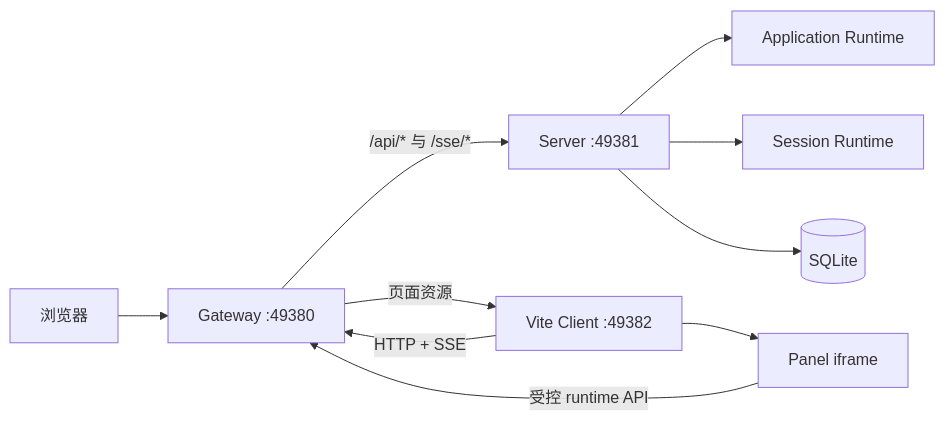
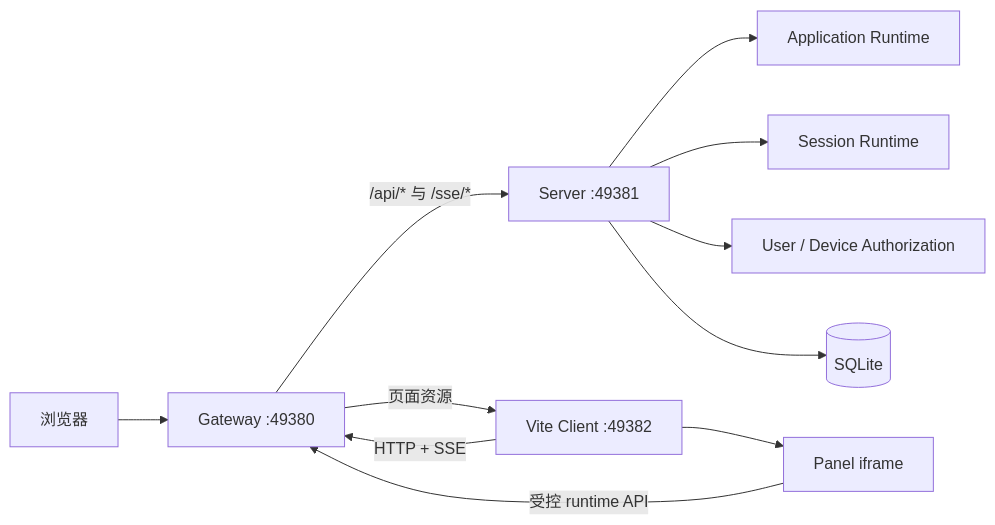
The first of 2 diagrams in docs/architecture/system-overview.md (itharbors/harbors), drawn with Mermaid before and after one commit. The commit also changed other lines of this file and 52 other files, not shown here.

````diff
--- a/docs/architecture/system-overview.md
+++ b/docs/architecture/system-overview.md
@@ -7,12 +7,13 @@
 ```mermaid
 flowchart LR
     Browser["浏览器"] --> Gateway["Gateway :49380"]
     Gateway -- "/api/* 与 /sse/*" --> Server["Server :49381"]
     Gateway -- "页面资源" --> Client["Vite Client :49382"]
     Server --> AppRuntime["Application Runtime"]
     Server --> Sessions["Session Runtime"]
+    Server --> Identity["User / Device Authorization"]
     Server --> DB[("SQLite")]
     Client --> Panel["Panel iframe"]
     Client -- "HTTP + SSE" --> Gateway
     Panel -- "受控 runtime API" --> Gateway
 ```
````
